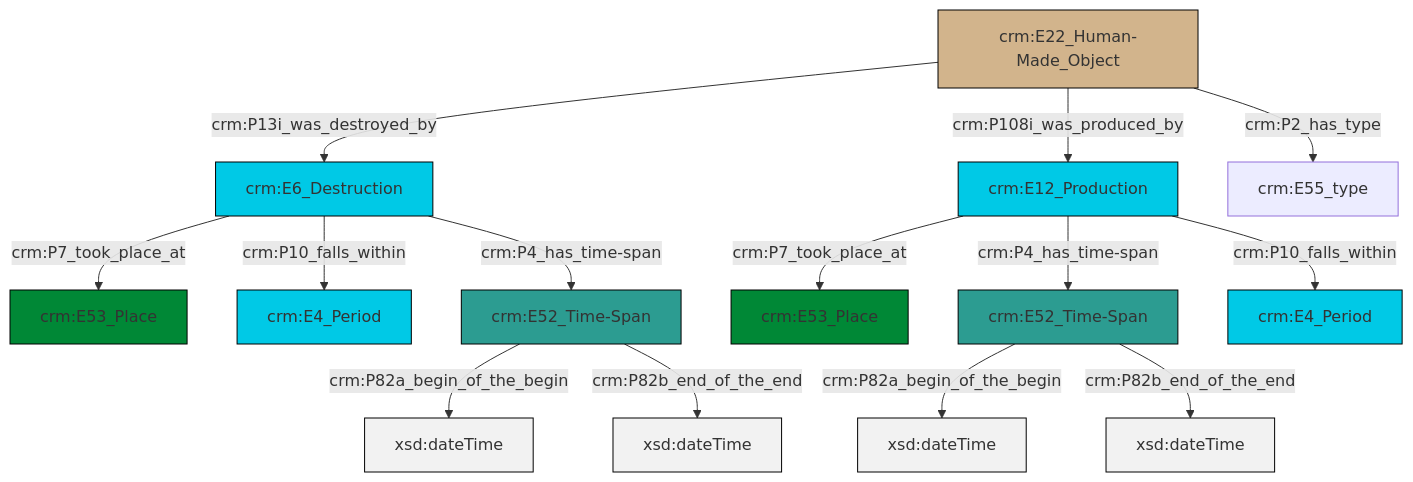
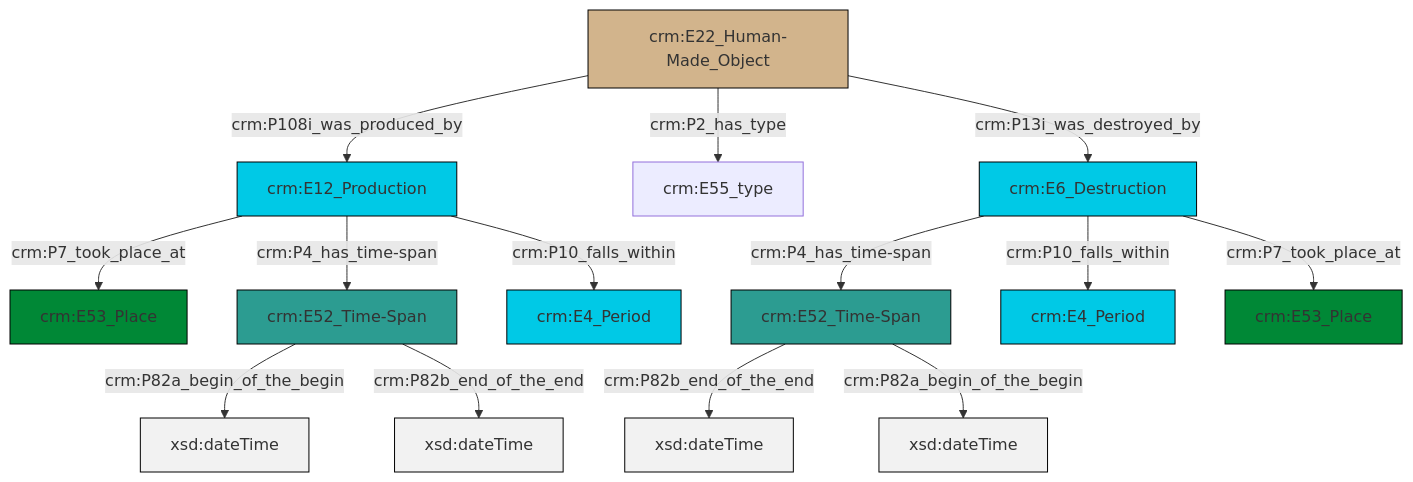
The diagram in et/artworkCSV/ttl/mmd/Artwork_Existence.ttl.mmd (swiss-art-research-net/docs.swissartresearch), drawn with Mermaid before and after one commit. The commit also changed 237 other files, not shown here.

```diff
--- a/et/artworkCSV/ttl/mmd/Artwork_Existence.ttl.mmd
+++ b/et/artworkCSV/ttl/mmd/Artwork_Existence.ttl.mmd
@@ -1,28 +1,28 @@
 graph TD
 classDef Literal fill:#f2f2f2,stroke:#000000;
 classDef CRM_Entity fill:#FFFFFF,stroke:#000000;
 classDef Temporal_Entity fill:#00C9E6, stroke:#000000;
 classDef Type fill:#E18312, stroke:#000000;
 classDef Time-Span fill:#2C9C91, stroke:#000000;
 classDef Appellation fill:#FFEB7F, stroke:#000000;
 classDef Place fill:#008836, stroke:#000000;
 classDef Persistent_Item fill:#B266B2, stroke:#000000;
 classDef Conceptual_Object fill:#FFD700, stroke:#000000;
 classDef Physical_Thing fill:#D2B48C, stroke:#000000;
 classDef Actor fill:#f58aad, stroke:#000000;
 classDef PC_Classes fill:#4ce600, stroke:#000000;
 classDef Multi fill:#cccccc,stroke:#000000;
 
-0["crm:E12_Production"]:::Temporal_Entity -->|crm:P7_took_place_at| 1["crm:E53_Place"]:::Place
-2["crm:E52_Time-Span"]:::Time-Span -->|crm:P82a_begin_of_the_begin| 3[xsd:dateTime]:::Literal
-4["crm:E6_Destruction"]:::Temporal_Entity -->|crm:P7_took_place_at| 5["crm:E53_Place"]:::Place
-0["crm:E12_Production"]:::Temporal_Entity -->|crm:P4_has_time-span| 2["crm:E52_Time-Span"]:::Time-Span
-2["crm:E52_Time-Span"]:::Time-Span -->|crm:P82b_end_of_the_end| 10[xsd:dateTime]:::Literal
-14["crm:E52_Time-Span"]:::Time-Span -->|crm:P82a_begin_of_the_begin| 15[xsd:dateTime]:::Literal
-4["crm:E6_Destruction"]:::Temporal_Entity -->|crm:P10_falls_within| 8["crm:E4_Period"]:::Temporal_Entity
-14["crm:E52_Time-Span"]:::Time-Span -->|crm:P82b_end_of_the_end| 16[xsd:dateTime]:::Literal
-17["crm:E22_Human-Made_Object"]:::Physical_Thing -->|crm:P13i_was_destroyed_by| 4["crm:E6_Destruction"]:::Temporal_Entity
-0["crm:E12_Production"]:::Temporal_Entity -->|crm:P10_falls_within| 6["crm:E4_Period"]:::Temporal_Entity
-4["crm:E6_Destruction"]:::Temporal_Entity -->|crm:P4_has_time-span| 14["crm:E52_Time-Span"]:::Time-Span
-17["crm:E22_Human-Made_Object"]:::Physical_Thing -->|crm:P108i_was_produced_by| 0["crm:E12_Production"]:::Temporal_Entity
-17["crm:E22_Human-Made_Object"]:::Physical_Thing -->|crm:P2_has_type| 22["crm:E55_type"]:::Default
+2["crm:E22_Human-Made_Object"]:::Physical_Thing -->|crm:P108i_was_produced_by| 0["crm:E12_Production"]:::Temporal_Entity
+2["crm:E22_Human-Made_Object"]:::Physical_Thing -->|crm:P2_has_type| 5["crm:E55_type"]:::Default
+0["crm:E12_Production"]:::Temporal_Entity -->|crm:P7_took_place_at| 6["crm:E53_Place"]:::Place
+7["crm:E52_Time-Span"]:::Time-Span -->|crm:P82b_end_of_the_end| 8[xsd:dateTime]:::Literal
+3["crm:E6_Destruction"]:::Temporal_Entity -->|crm:P4_has_time-span| 7["crm:E52_Time-Span"]:::Time-Span
+7["crm:E52_Time-Span"]:::Time-Span -->|crm:P82a_begin_of_the_begin| 14[xsd:dateTime]:::Literal
+3["crm:E6_Destruction"]:::Temporal_Entity -->|crm:P10_falls_within| 16["crm:E4_Period"]:::Temporal_Entity
+3["crm:E6_Destruction"]:::Temporal_Entity -->|crm:P7_took_place_at| 19["crm:E53_Place"]:::Place
+2["crm:E22_Human-Made_Object"]:::Physical_Thing -->|crm:P13i_was_destroyed_by| 3["crm:E6_Destruction"]:::Temporal_Entity
+0["crm:E12_Production"]:::Temporal_Entity -->|crm:P4_has_time-span| 9["crm:E52_Time-Span"]:::Time-Span
+9["crm:E52_Time-Span"]:::Time-Span -->|crm:P82a_begin_of_the_begin| 22[xsd:dateTime]:::Literal
+0["crm:E12_Production"]:::Temporal_Entity -->|crm:P10_falls_within| 12["crm:E4_Period"]:::Temporal_Entity
+9["crm:E52_Time-Span"]:::Time-Span -->|crm:P82b_end_of_the_end| 23[xsd:dateTime]:::Literal
```
